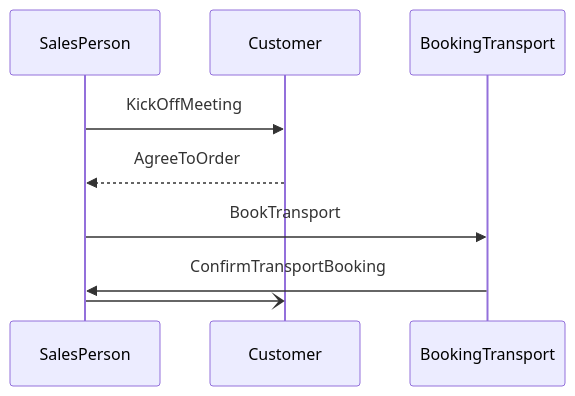
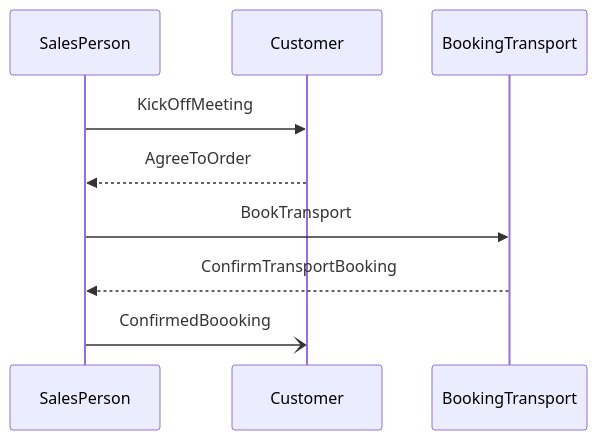
The first of 3 diagrams in docs/Readme.md (qmarsun/workflow), drawn with Mermaid before and after one commit.

````diff
--- a/docs/Readme.md
+++ b/docs/Readme.md
@@ -6,8 +6,8 @@
 ```mermaid
 sequenceDiagram
     SalesPerson->>Customer: KickOffMeeting
     Customer-->>SalesPerson: AgreeToOrder
     SalesPerson->>BookingTransport: BookTransport
-    BookingTransport->>SalesPerson: ConfirmTransportBooking
-    SalesPerson-)Customer: 
+    BookingTransport-->>SalesPerson: ConfirmTransportBooking
+    SalesPerson-)Customer: ConfirmedBoooking
  ```   
````
